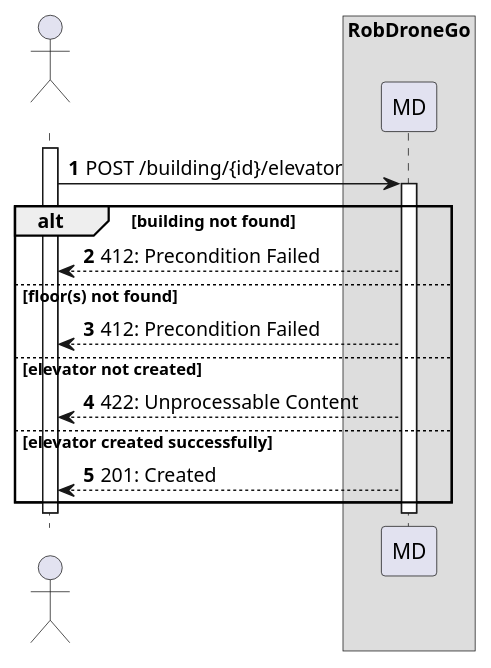
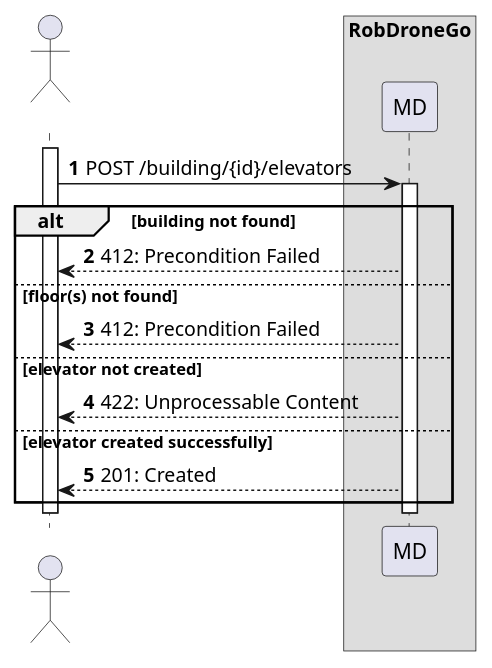
The diagram in docs/us270/level2/process-view.puml (Departamento-de-Engenharia-Informatica/lapr5-23-24-g19), drawn with PlantUML before and after one commit. The commit also changed 5 other files, not shown here.

```diff
--- a/docs/us270/level2/process-view.puml
+++ b/docs/us270/level2/process-view.puml
@@ -1,26 +1,26 @@
 @startuml
 autonumber
 
 actor " " as actor
 box "RobDroneGo"
 participant "MD" as mdr
 
 activate actor
-    actor -> mdr: POST /building/{id}/elevator
+    actor -> mdr: POST /building/{id}/elevators
     activate mdr
 
     alt building not found
         mdr --> actor : 412: Precondition Failed
     else floor(s) not found
         mdr --> actor : 412: Precondition Failed
     else elevator not created
         mdr --> actor : 422: Unprocessable Content
     else elevator created successfully
         mdr --> actor : 201: Created
     end
-    
+
     deactivate mdr
 deactivate actor
 
 
 @enduml
```
